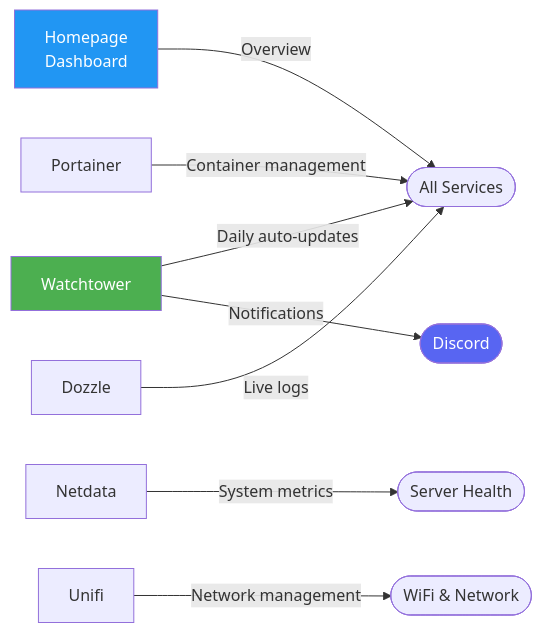
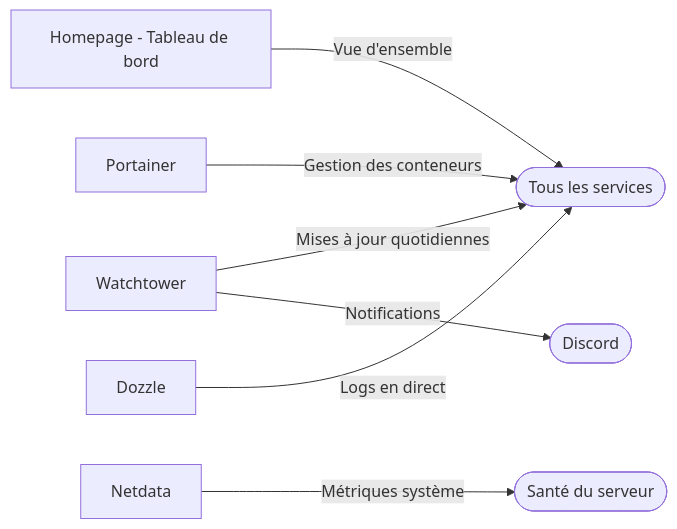
One commit to Wifsimster/docker-setup changed the fifth of 6 diagrams in README.md. Above: the diagram before and after it, drawn with Mermaid. The commit also changed other lines of this file and 6 other files, not shown here.

````diff
--- a/README.md
+++ b/README.md
@@ -153,14 +178,9 @@
 ```mermaid
 graph LR
-    Homepage[Homepage<br>Dashboard] -->|Overview| Services([All Services])
-    Watchtower -->|Daily auto-updates| Services
+    Homepage[Homepage - Tableau de bord] -->|Vue d'ensemble| Services([Tous les services])
+    Watchtower -->|Mises à jour quotidiennes| Services
     Watchtower -->|Notifications| Discord([Discord])
-    Portainer -->|Container management| Services
-    Dozzle -->|Live logs| Services
-    Netdata -->|System metrics| Server([Server Health])
-    Unifi -->|Network management| Network([WiFi & Network])
-
-    style Homepage fill:#2196F3,color:#fff
-    style Watchtower fill:#4CAF50,color:#fff
-    style Discord fill:#5865F2,color:#fff
+    Portainer -->|Gestion des conteneurs| Services
+    Dozzle -->|Logs en direct| Services
+    Netdata -->|Métriques système| Serveur([Santé du serveur])
 ```
````
